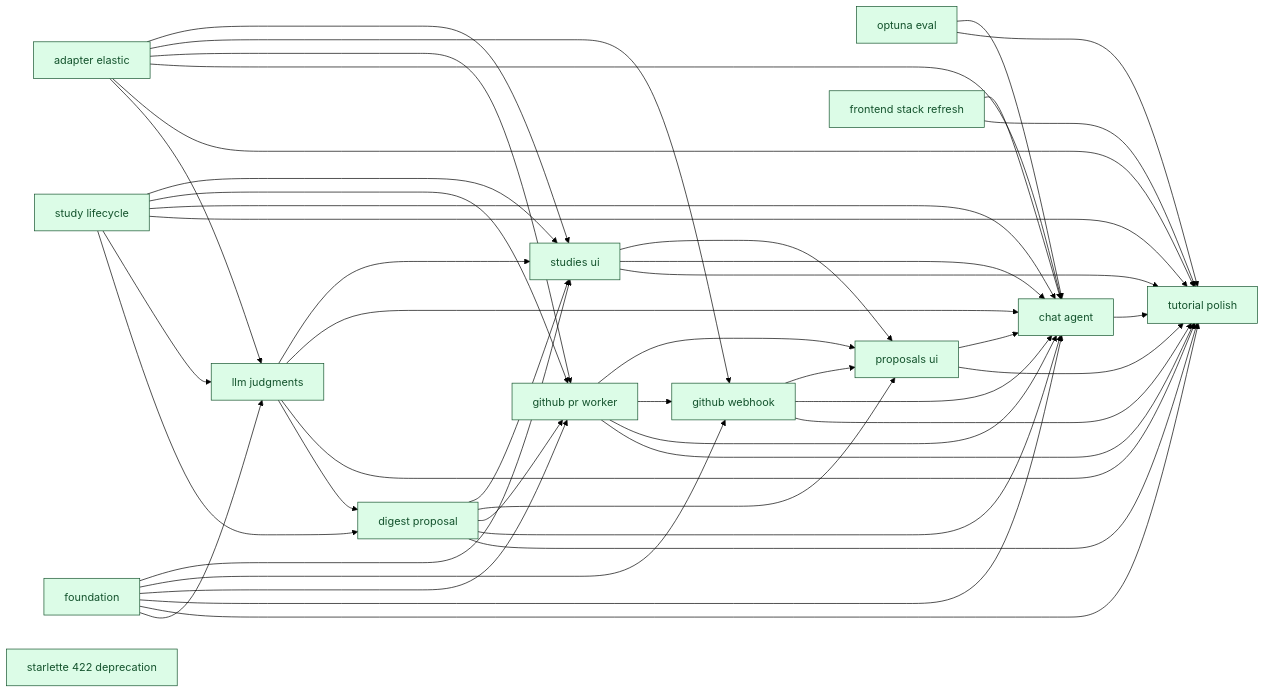
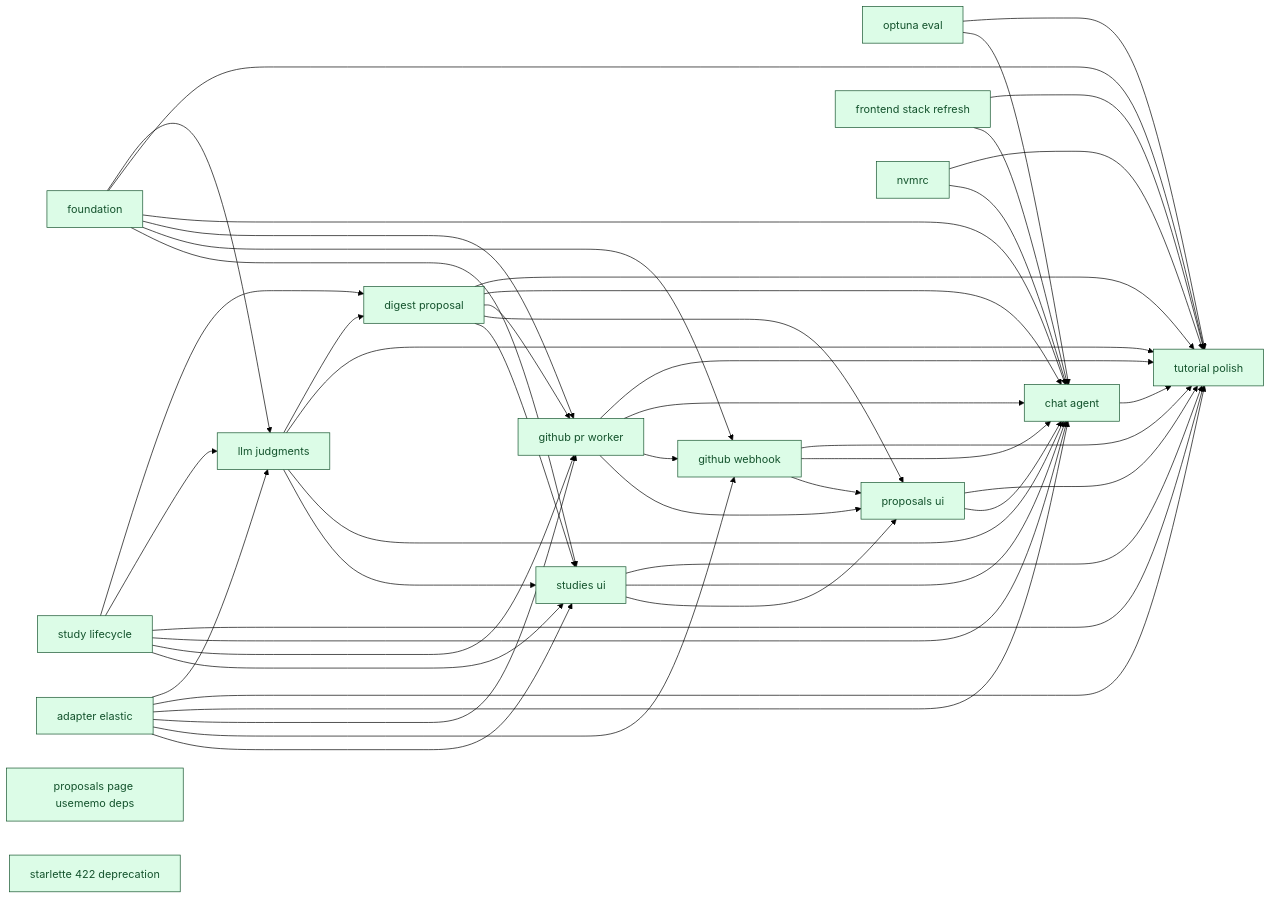
Before and after one commit to SoundMindsAI/relyloop: the diagram in docs/00_overview/MVP1_DASHBOARD.md, drawn with Mermaid (forest theme). The commit also changed other lines of this file and 6 other files, not shown here.

First line of the commit message:
chore: frontend/tooling sweep — nvm enforcement + proposals useMemo deps (#77)

```diff
--- a/docs/00_overview/MVP1_DASHBOARD.md
+++ b/docs/00_overview/MVP1_DASHBOARD.md
@@ -121,8 +121,12 @@
   class feat_studies_ui done;
   infra_frontend_stack_refresh["frontend stack refresh"]
   class infra_frontend_stack_refresh done;
+  chore_proposals_page_usememo_deps["proposals page usememo deps"]
+  class chore_proposals_page_usememo_deps done;
   chore_starlette_422_deprecation["starlette 422 deprecation"]
   class chore_starlette_422_deprecation done;
+  infra_nvmrc["nvmrc"]
+  class infra_nvmrc done;
   feat_study_lifecycle --> feat_digest_proposal
   feat_llm_judgments --> feat_digest_proposal
   infra_foundation --> feat_llm_judgments
@@ -139,6 +143,7 @@
   infra_adapter_elastic --> chore_tutorial_polish
   infra_foundation --> chore_tutorial_polish
   infra_frontend_stack_refresh --> chore_tutorial_polish
+  infra_nvmrc --> chore_tutorial_polish
   infra_optuna_eval --> chore_tutorial_polish
   feat_digest_proposal --> feat_chat_agent
   feat_github_pr_worker --> feat_chat_agent
@@ -150,6 +155,7 @@
   infra_adapter_elastic --> feat_chat_agent
   infra_foundation --> feat_chat_agent
   infra_frontend_stack_refresh --> feat_chat_agent
+  infra_nvmrc --> feat_chat_agent
   infra_optuna_eval --> feat_chat_agent
   infra_foundation --> feat_github_pr_worker
   infra_adapter_elastic --> feat_github_pr_worker
```
